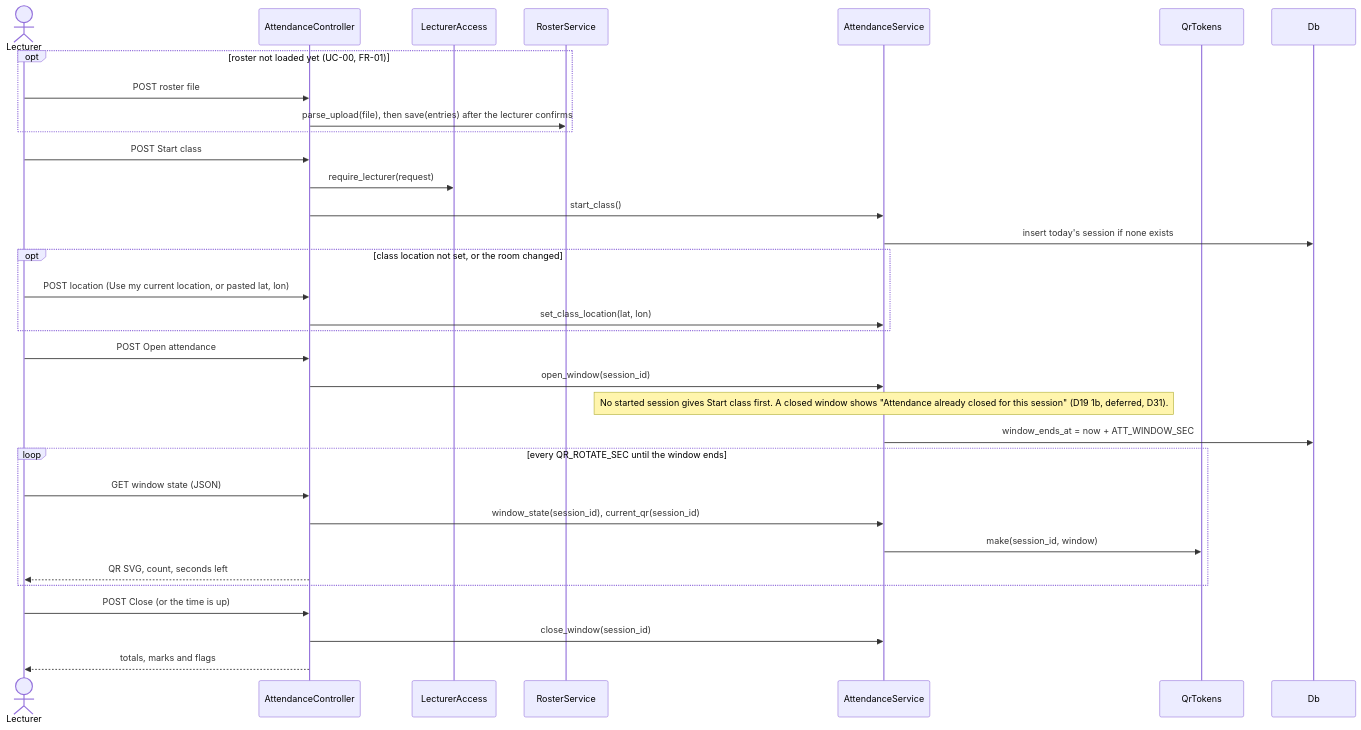
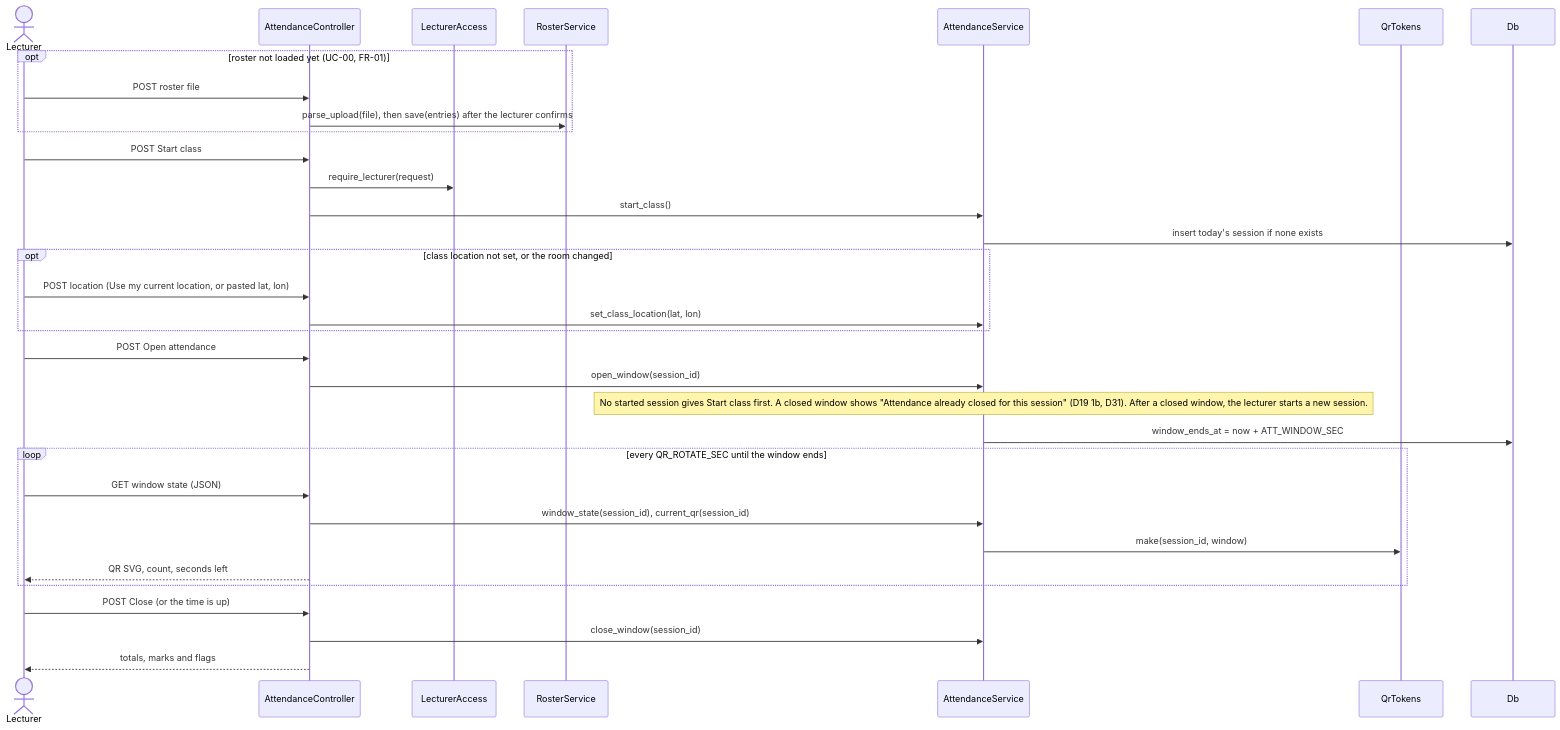
Before and after one commit to Gashaw-ambaw/Ex2: the third of 7 diagrams in docs/edd.md, drawn with Mermaid. The commit also changed other lines of this file and 7 other files, not shown here.

````diff
--- a/docs/edd.md
+++ b/docs/edd.md
@@ -273,35 +273,35 @@
 ```mermaid
 sequenceDiagram
   actor L as Lecturer
   participant AC as AttendanceController
   participant LA as LecturerAccess
   participant RS as RosterService
   participant AS as AttendanceService
   participant QT as QrTokens
   participant DB as Db
   opt roster not loaded yet (UC-00, FR-01)
     L->>AC: POST roster file
     AC->>RS: parse_upload(file), then save(entries) after the lecturer confirms
   end
   L->>AC: POST Start class
   AC->>LA: require_lecturer(request)
   AC->>AS: start_class()
   AS->>DB: insert today's session if none exists
   opt class location not set, or the room changed
     L->>AC: POST location (Use my current location, or pasted lat, lon)
     AC->>AS: set_class_location(lat, lon)
   end
   L->>AC: POST Open attendance
   AC->>AS: open_window(session_id)
-  Note over AS: No started session gives Start class first. A closed window shows "Attendance already closed for this session" (D19 1b, deferred, D31).
+  Note over AS: No started session gives Start class first. A closed window shows "Attendance already closed for this session" (D19 1b, D31). After a closed window, the lecturer starts a new session.
   AS->>DB: window_ends_at = now + ATT_WINDOW_SEC
   loop every QR_ROTATE_SEC until the window ends
     L->>AC: GET window state (JSON)
     AC->>AS: window_state(session_id), current_qr(session_id)
     AS->>QT: make(session_id, window)
     AC-->>L: QR SVG, count, seconds left
   end
   L->>AC: POST Close (or the time is up)
   AC->>AS: close_window(session_id)
   AC-->>L: totals, marks and flags
 ```
````
